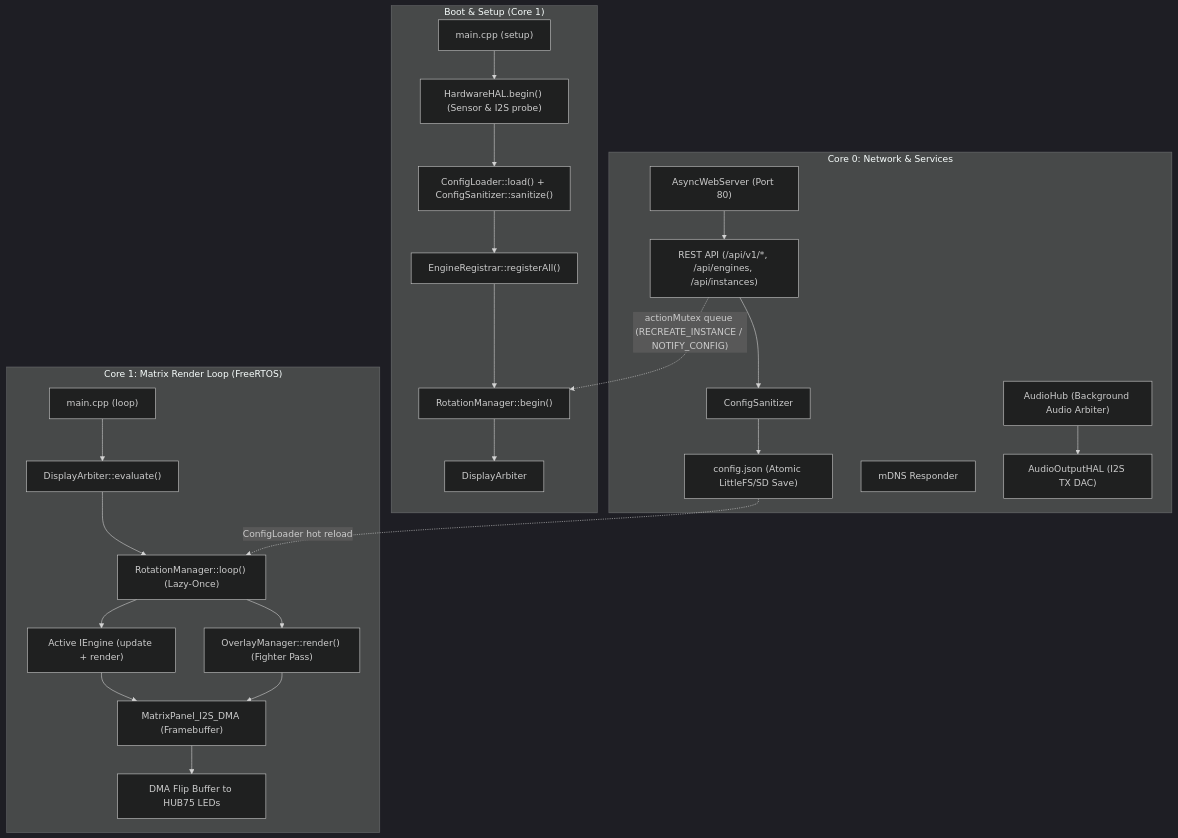
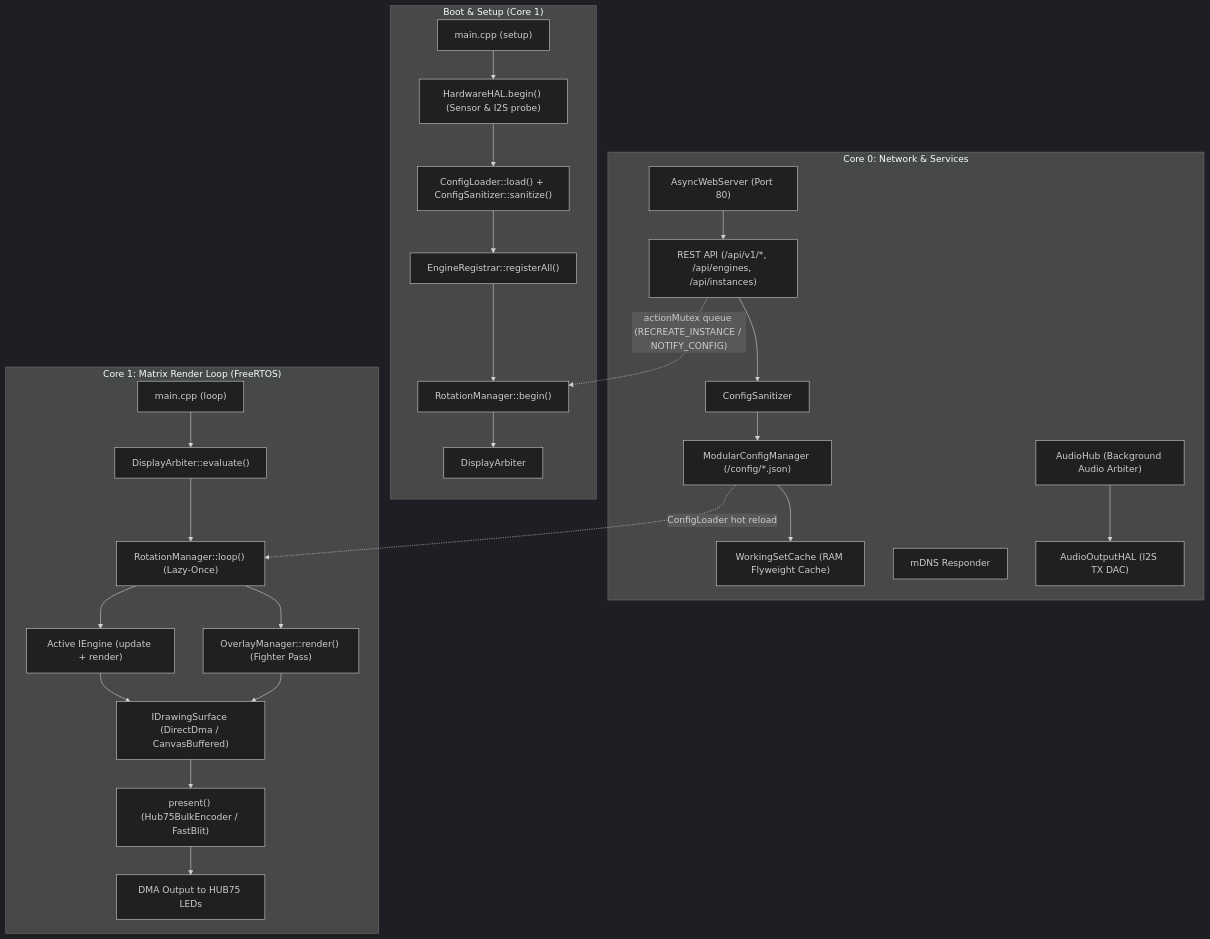
Before and after one commit to red77290/ArcadeMatrix: the first of 7 diagrams in docs/ARCHITECTURE.md, drawn with Mermaid (dark theme). The commit also changed other lines of this file and 268 other files, not shown here.

````diff
--- a/docs/ARCHITECTURE.md
+++ b/docs/ARCHITECTURE.md
@@ -50,33 +50,35 @@
 ```mermaid
 flowchart TD
     subgraph Boot["Boot & Setup (Core 1)"]
         MAIN["main.cpp (setup)"] --> HAL["HardwareHAL.begin() (Sensor & I2S probe)"]
         HAL --> CFG["ConfigLoader::load() + ConfigSanitizer::sanitize()"]
         CFG --> REG["EngineRegistrar::registerAll()"]
         REG --> RM["RotationManager::begin()"]
         RM --> ARB["DisplayArbiter"]
     end
 
     subgraph Core0["Core 0: Network & Services"]
         WS["AsyncWebServer (Port 80)"]
         WS --> API["REST API (/api/v1/*, /api/engines, /api/instances)"]
         API --> SAN["ConfigSanitizer"]
-        SAN --> SAVE["config.json (Atomic LittleFS/SD Save)"]
+        SAN --> SAVE["ModularConfigManager (/config/*.json)"]
+        SAVE --> WSC["WorkingSetCache (RAM Flyweight Cache)"]
         MDNS["mDNS Responder"]
         AH["AudioHub (Background Audio Arbiter)"]
         AH --> AHAL["AudioOutputHAL (I2S TX DAC)"]
     end
 
     subgraph Core1["Core 1: Matrix Render Loop (FreeRTOS)"]
         LOOP["main.cpp (loop)"] --> ARB_EVAL["DisplayArbiter::evaluate()"]
         ARB_EVAL --> RM_LOOP["RotationManager::loop() (Lazy-Once)"]
         RM_LOOP --> ENG["Active IEngine (update + render)"]
-        ENG --> MATRIX["MatrixPanel_I2S_DMA (Framebuffer)"]
+        ENG --> SURFACE["IDrawingSurface (DirectDma / CanvasBuffered)"]
         RM_LOOP --> OV["OverlayManager::render() (Fighter Pass)"]
-        OV --> MATRIX
-        MATRIX --> DMA["DMA Flip Buffer to HUB75 LEDs"]
+        OV --> SURFACE
+        SURFACE --> PRESENT["present() (Hub75BulkEncoder / FastBlit)"]
+        PRESENT --> DMA["DMA Output to HUB75 LEDs"]
     end
 
     API -.->|"actionMutex queue (RECREATE_INSTANCE / NOTIFY_CONFIG)"| RM
     SAVE -.->|"ConfigLoader hot reload"| RM_LOOP
 ```
````
